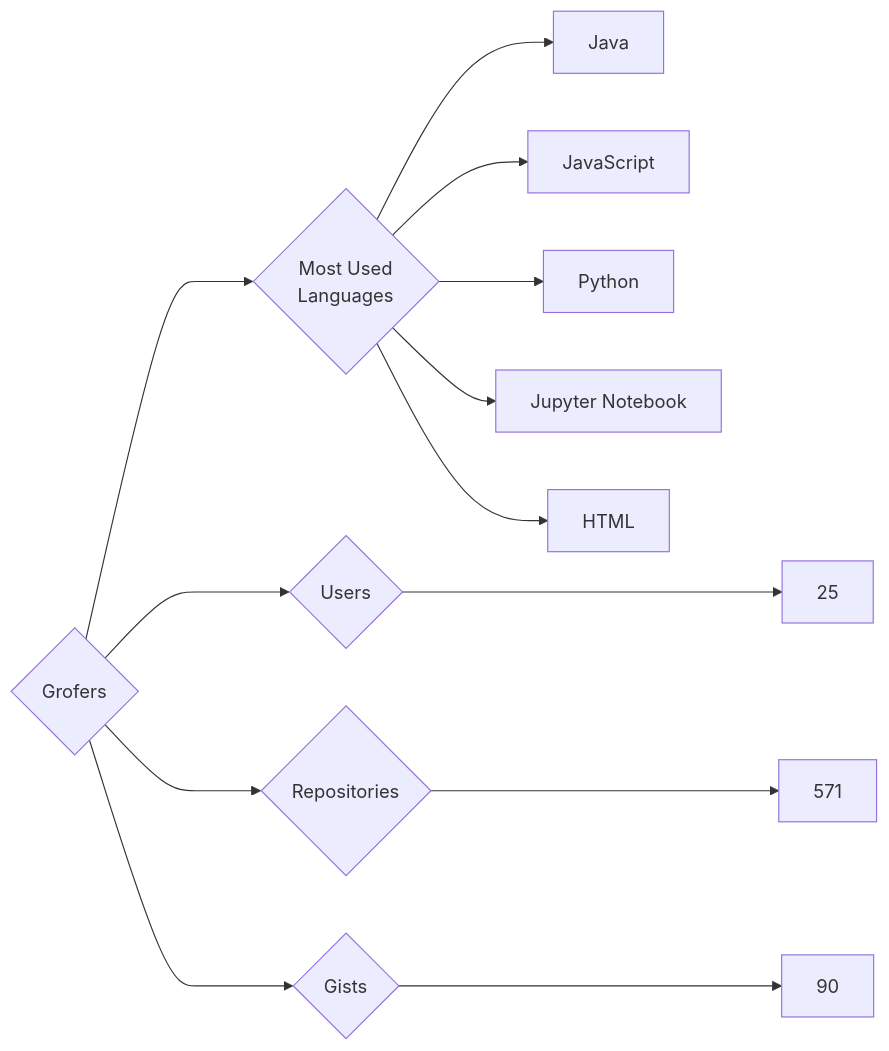
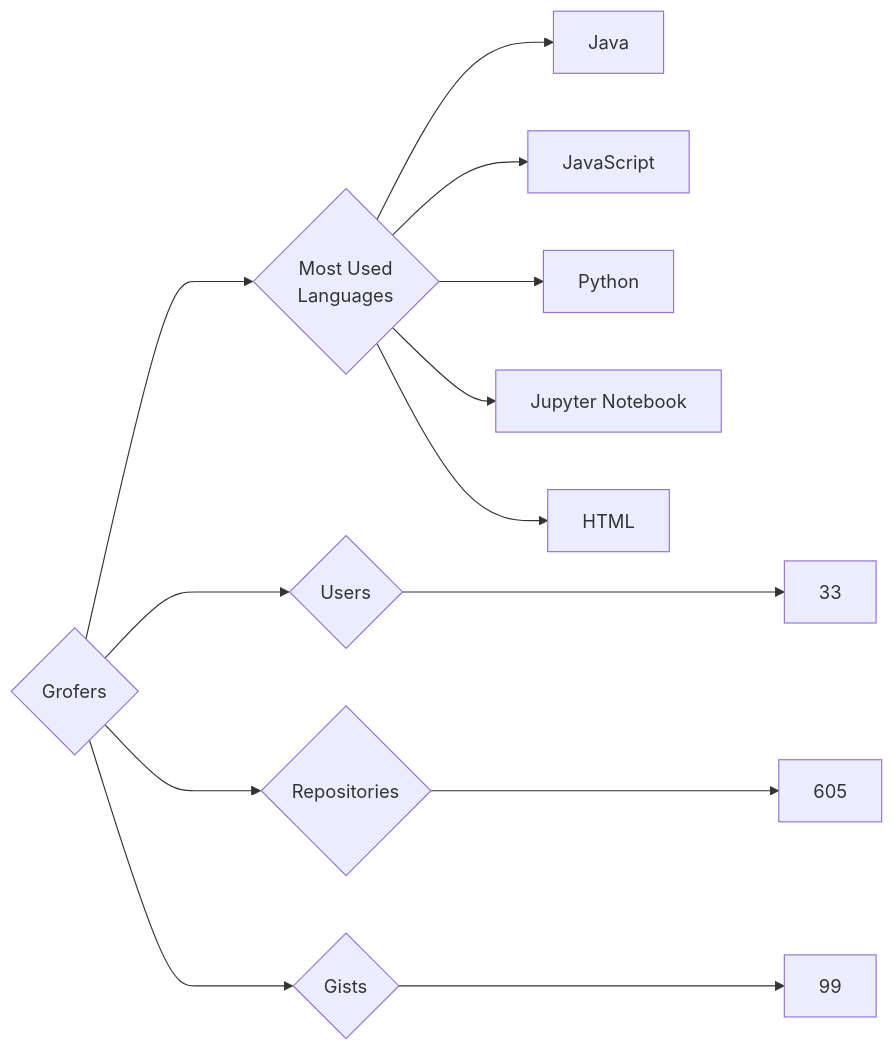
The diagram in targets/Grofers/README.md (trickest/insiders), drawn with Mermaid before and after one commit. The commit also changed 676 other files, not shown here.

````diff
--- a/targets/Grofers/README.md
+++ b/targets/Grofers/README.md
@@ -3,13 +3,13 @@
 ```mermaid
 graph LR
 COMPANY_NAME{Grofers}
-COMPANY_NAME ---> U{Users} ---> UN[25]
-COMPANY_NAME ---> R{Repositories} ---> RN[571]
-COMPANY_NAME ---> G{Gists} ---> GN[90]
+COMPANY_NAME ---> U{Users} ---> UN[33]
+COMPANY_NAME ---> R{Repositories} ---> RN[605]
+COMPANY_NAME ---> G{Gists} ---> GN[99]
 COMPANY_NAME ---> ML{Most Used<br>Languages}
 ML --> Java[Java]
 ML --> JavaScript[JavaScript]
 ML --> Python[Python]
 ML --> Jupyter_Notebook[Jupyter Notebook]
 ML --> HTML[HTML]
 ```
````
